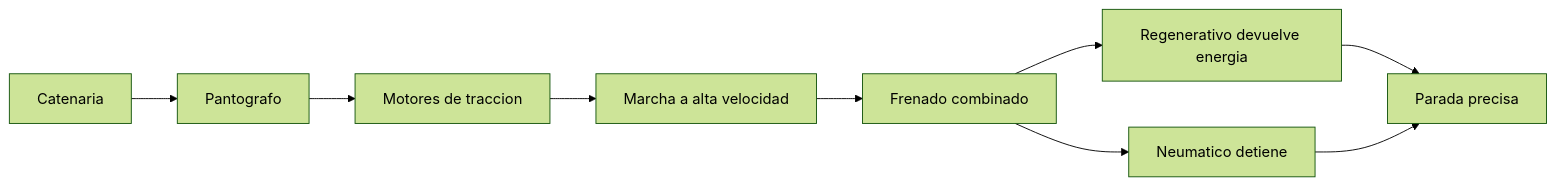
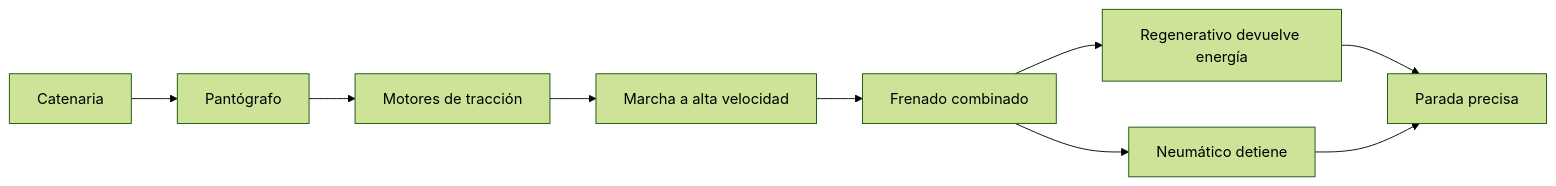
Before and after one commit to vladimiracunadev-create/machine-operator-program: the diagram in vehiculos/tren-alta-velocidad/recursos/recursos-tren-alta-velocidad.md, drawn with Mermaid (forest theme). The commit also changed other lines of this file and 442 other files, not shown here.

````diff
--- a/vehiculos/tren-alta-velocidad/recursos/recursos-tren-alta-velocidad.md
+++ b/vehiculos/tren-alta-velocidad/recursos/recursos-tren-alta-velocidad.md
@@ -30,11 +30,11 @@
 ```mermaid
 flowchart LR
-    Catenaria[Catenaria] --> Pantografo[Pantografo]
-    Pantografo --> Motores[Motores de traccion]
+    Catenaria[Catenaria] --> Pantografo[Pantógrafo]
+    Pantografo --> Motores[Motores de tracción]
     Motores --> Marcha[Marcha a alta velocidad]
     Marcha --> Frenado[Frenado combinado]
-    Frenado --> Regen[Regenerativo devuelve energia]
-    Frenado --> Neumatico[Neumatico detiene]
+    Frenado --> Regen[Regenerativo devuelve energía]
+    Frenado --> Neumatico[Neumático detiene]
     Regen --> Parada[Parada precisa]
     Neumatico --> Parada
 ```
````
